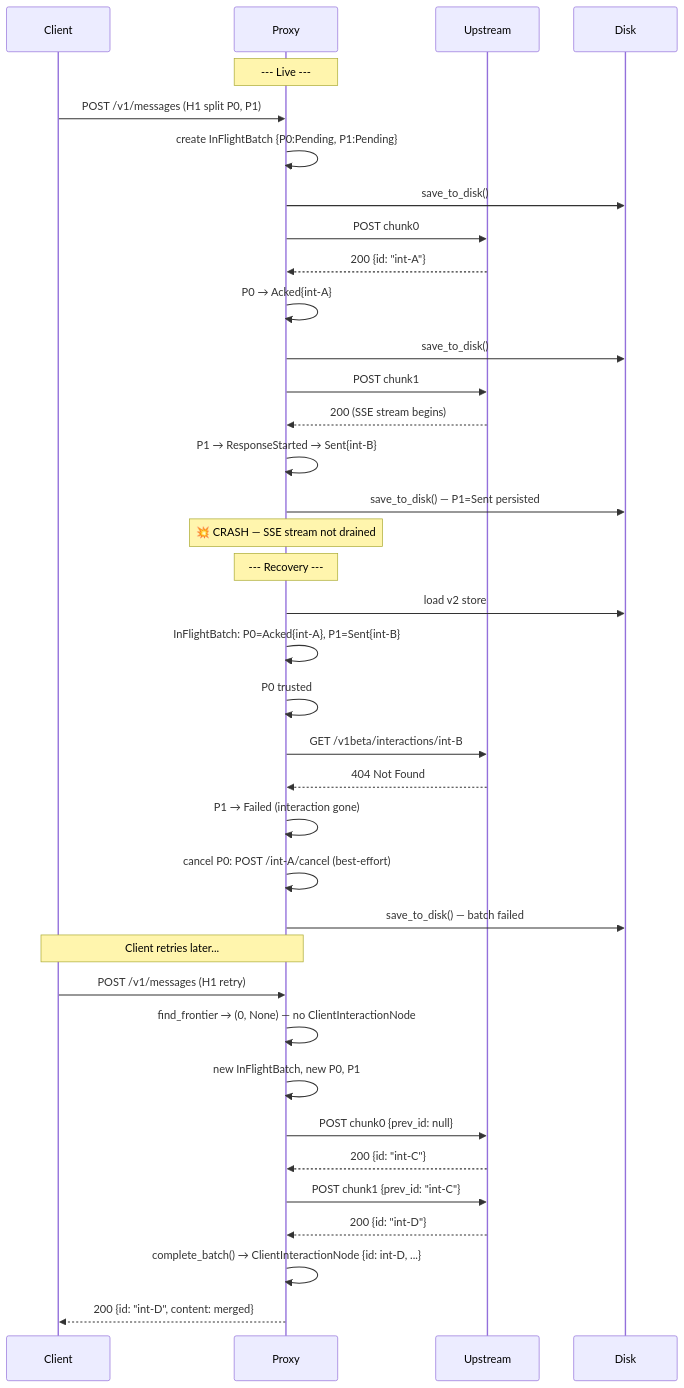
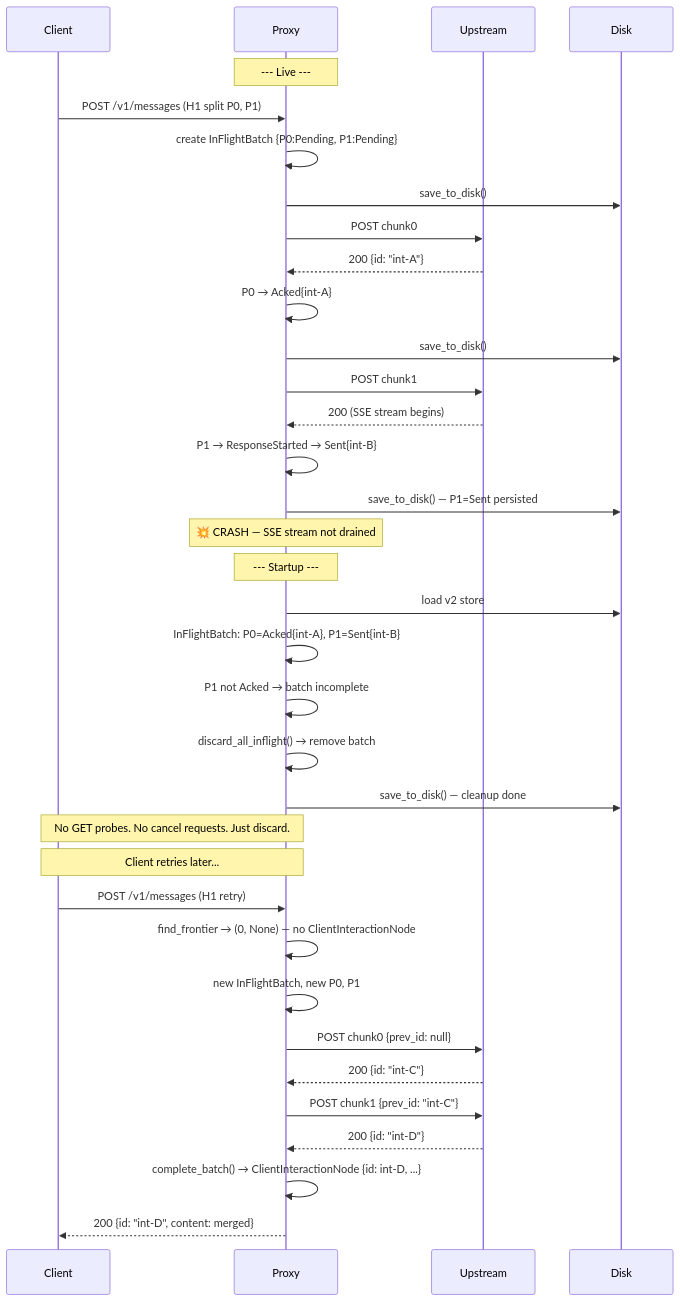
Before and after one commit to alexvas/inf-splitter: the ninth of 12 diagrams in openspec/changes/redesign-session-state-model/specs/protocol-conversion_delta.md, drawn with Mermaid.

Commit message:
Minor spec sync
'Recovery Diagram' -> 'Startup Diagram'

````diff
--- a/openspec/changes/redesign-session-state-model/specs/protocol-conversion_delta.md
+++ b/openspec/changes/redesign-session-state-model/specs/protocol-conversion_delta.md
@@ -425,47 +425,46 @@
 ```mermaid
 sequenceDiagram
     participant Client
     participant Proxy
     participant Upstream
     participant Disk
 
     Note over Proxy: --- Live ---
 
     Client->>Proxy: POST /v1/messages (H1 split P0, P1)
     Proxy->>Proxy: create InFlightBatch {P0:Pending, P1:Pending}
     Proxy->>Disk: save_to_disk()
 
     Proxy->>Upstream: POST chunk0
     Upstream-->>Proxy: 200 {id: "int-A"}
     Proxy->>Proxy: P0 → Acked{int-A}
     Proxy->>Disk: save_to_disk()
 
     Proxy->>Upstream: POST chunk1
     Upstream-->>Proxy: 200 (SSE stream begins)
     Proxy->>Proxy: P1 → ResponseStarted → Sent{int-B}
     Proxy->>Disk: save_to_disk() — P1=Sent persisted
 
     Note over Proxy: 💥 CRASH — SSE stream not drained
 
-    Note over Proxy: --- Recovery ---
+    Note over Proxy: --- Startup ---
     Proxy->>Disk: load v2 store
     Proxy->>Proxy: InFlightBatch: P0=Acked{int-A}, P1=Sent{int-B}
-    Proxy->>Proxy: P0 trusted
-    Proxy->>Upstream: GET /v1beta/interactions/int-B
-    Upstream-->>Proxy: 404 Not Found
-    Proxy->>Proxy: P1 → Failed (interaction gone)
-    Proxy->>Proxy: cancel P0: POST /int-A/cancel (best-effort)
-    Proxy->>Disk: save_to_disk() — batch failed
+    Proxy->>Proxy: P1 not Acked → batch incomplete
+    Proxy->>Proxy: discard_all_inflight() → remove batch
+    Proxy->>Disk: save_to_disk() — cleanup done
+
+    Note over Proxy,Client: No GET probes. No cancel requests. Just discard.
 
     Note over Proxy,Client: Client retries later...
 
     Client->>Proxy: POST /v1/messages (H1 retry)
     Proxy->>Proxy: find_frontier → (0, None) — no ClientInteractionNode
     Proxy->>Proxy: new InFlightBatch, new P0, P1
     Proxy->>Upstream: POST chunk0 {prev_id: null}
     Upstream-->>Proxy: 200 {id: "int-C"}
     Proxy->>Upstream: POST chunk1 {prev_id: "int-C"}
     Upstream-->>Proxy: 200 {id: "int-D"}
     Proxy->>Proxy: complete_batch() → ClientInteractionNode {id: int-D, ...}
     Proxy-->>Client: 200 {id: "int-D", content: merged}
 ```
````
